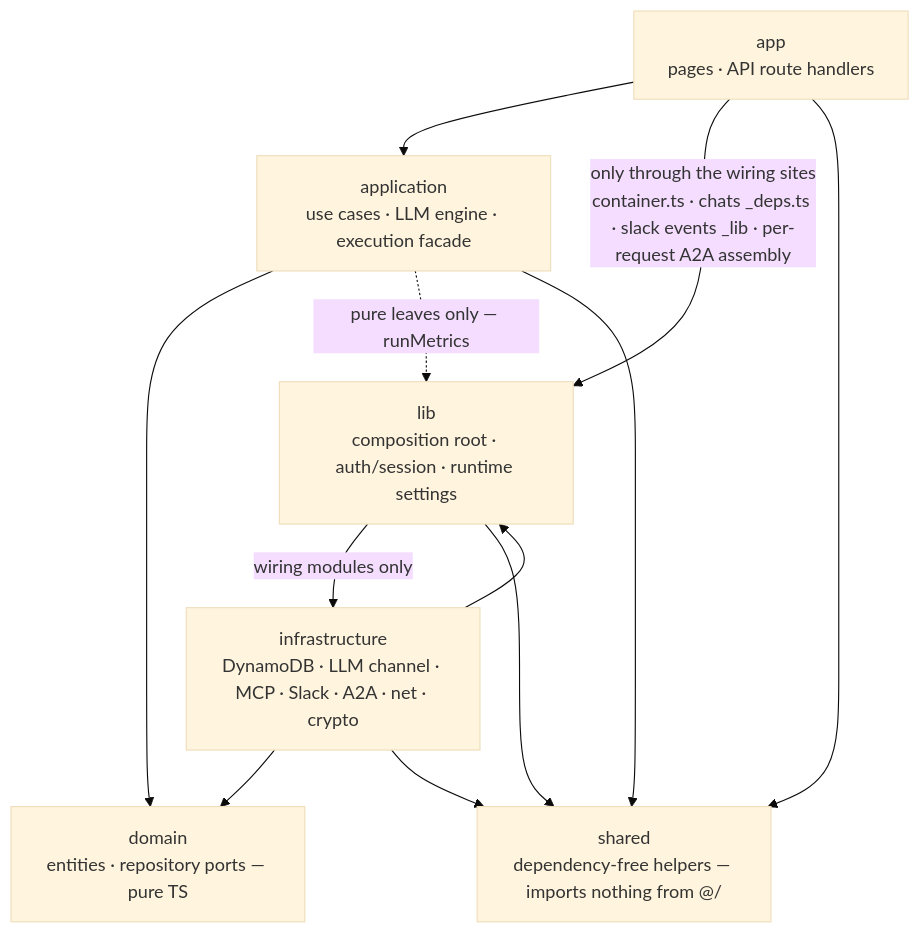
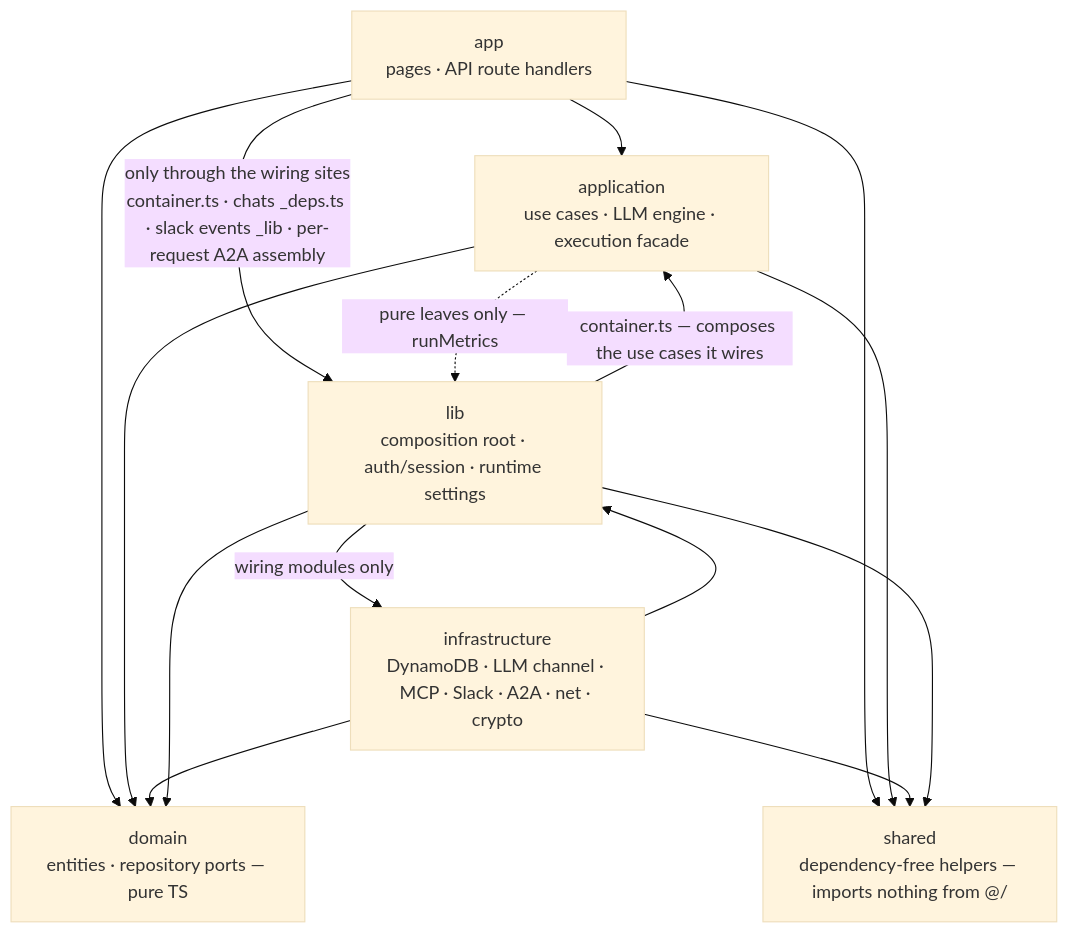
One commit to opspresso/agent-studio changed the first of 5 diagrams in docs/ARCHITECTURE.md. Above: the diagram before and after it, drawn with Mermaid (base theme). The commit also changed other lines of this file and 10 other files, not shown here.

````diff
--- a/docs/ARCHITECTURE.md
+++ b/docs/ARCHITECTURE.md
@@ -66,21 +66,24 @@
 ```mermaid
 flowchart TB
   app["app<br/>pages · API route handlers"]
   application["application<br/>use cases · LLM engine · execution facade"]
   domain["domain<br/>entities · repository ports — pure TS"]
   infrastructure["infrastructure<br/>DynamoDB · LLM channel · MCP · Slack · A2A · net · crypto"]
   lib["lib<br/>composition root · auth/session · runtime settings"]
   shared["shared<br/>dependency-free helpers — imports nothing from @/"]
 
   app --> application
+  app --> domain
   application --> domain
   infrastructure --> domain
   infrastructure --> lib
   app -->|"only through the wiring sites<br/>container.ts · chats _deps.ts · slack events _lib · per-request A2A assembly"| lib
+  lib --> domain
+  lib -->|"container.ts — composes the use cases it wires"| application
   lib -->|"wiring modules only"| infrastructure
   application -.->|"pure leaves only — runMetrics"| lib
   app --> shared
   application --> shared
   infrastructure --> shared
   lib --> shared
 ```
````
